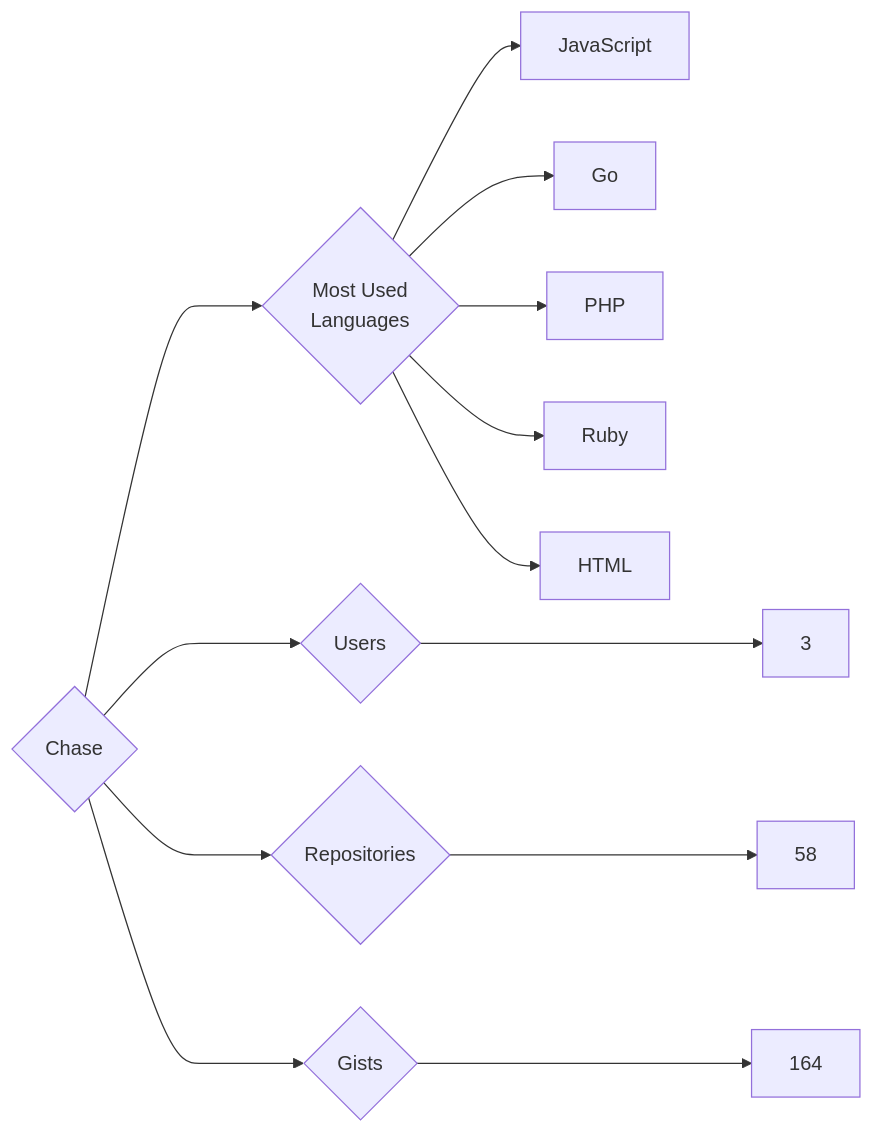
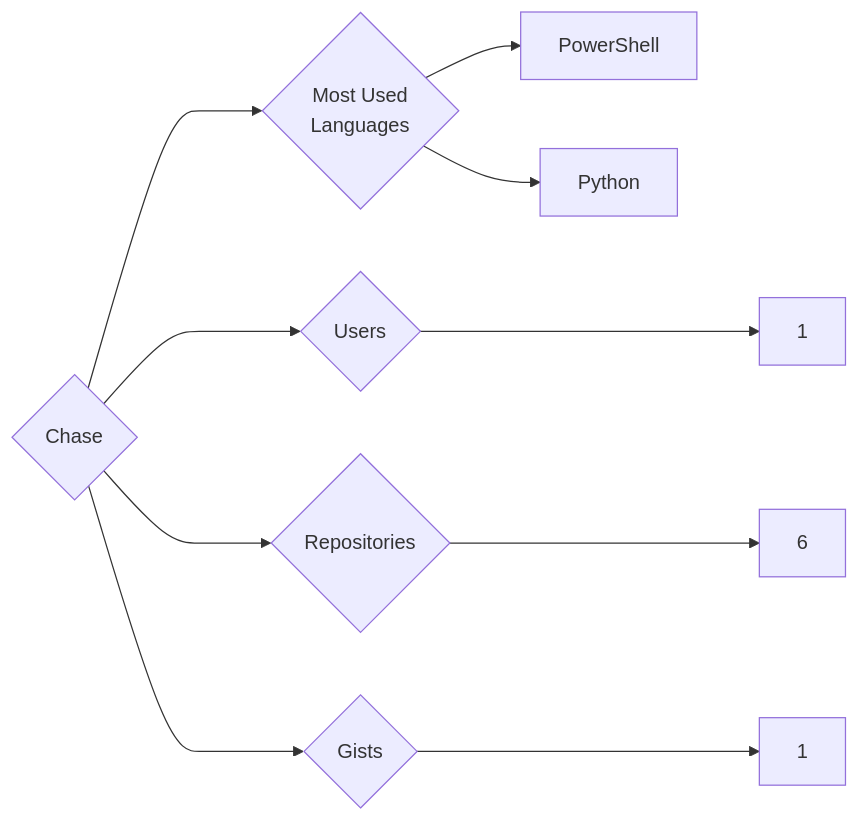
Before and after one commit to trickest/insiders: the diagram in targets/Chase/README.md, drawn with Mermaid. The commit also changed 1020 other files, not shown here.

````diff
--- a/targets/Chase/README.md
+++ b/targets/Chase/README.md
@@ -3,13 +3,10 @@
 ```mermaid
 graph LR
 COMPANY_NAME{Chase}
-COMPANY_NAME ---> U{Users} ---> UN[3]
-COMPANY_NAME ---> R{Repositories} ---> RN[58]
-COMPANY_NAME ---> G{Gists} ---> GN[164]
+COMPANY_NAME ---> U{Users} ---> UN[1]
+COMPANY_NAME ---> R{Repositories} ---> RN[6]
+COMPANY_NAME ---> G{Gists} ---> GN[1]
 COMPANY_NAME ---> ML{Most Used<br>Languages}
-ML --> JavaScript[JavaScript]
-ML --> Go[Go]
-ML --> PHP[PHP]
-ML --> Ruby[Ruby]
-ML --> HTML[HTML]
+ML --> PowerShell[PowerShell]
+ML --> Python[Python]
 ```
````
